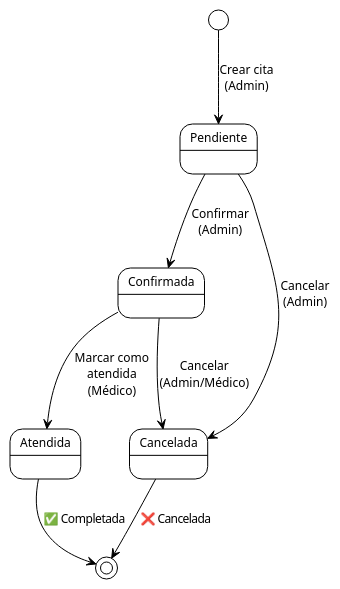
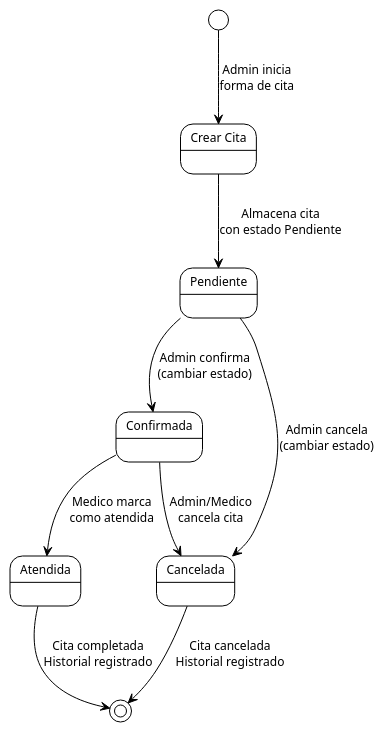
One commit to capitalsystemdigital-svg/MediSystem changed the eighth of 8 diagrams in Entregas/entregas ingenieria/Entrega2_Diagramas_Casos_Uso.md. Above: the diagram before and after it, drawn with PlantUML. The commit also changed other lines of this file, not shown here.

Commit message:
docs: rediseñar diagramas de casos de uso - mayor detalle, sin emojis, flujos completos

````diff
--- a/Entregas/entregas ingenieria/Entrega2_Diagramas_Casos_Uso.md
+++ b/Entregas/entregas ingenieria/Entrega2_Diagramas_Casos_Uso.md
@@ -262,21 +411,28 @@
 ```plantuml
-@startuml Cita_StateMachine
+@startuml Cita_State_Machine_Detailed
 !theme plain
 skinparam defaultFontSize 12
 skinparam defaultFontName Arial
 skinparam backgroundColor #FFFFFF
 
-[*] --> Pendiente: Crear cita\n(Admin)
+state "Crear Cita" as CREATE
+state "Pendiente" as PENDING
+state "Confirmada" as CONFIRMED
+state "Atendida" as ATTENDED
+state "Cancelada" as CANCELLED
 
-Pendiente --> Confirmada: Confirmar\n(Admin)
-Pendiente --> Cancelada: Cancelar\n(Admin)
+[*] --> CREATE: Admin inicia\nforma de cita
+CREATE --> PENDING: Almacena cita\ncon estado Pendiente
 
-Confirmada --> Atendida: Marcar como\natendida\n(Médico)
-Confirmada --> Cancelada: Cancelar\n(Admin/Médico)
+PENDING --> CONFIRMED: Admin confirma\n(cambiar estado)
+PENDING --> CANCELLED: Admin cancela\n(cambiar estado)
 
-Atendida --> [*]: ✅ Completada
+CONFIRMED --> ATTENDED: Medico marca\ncomo atendida
+CONFIRMED --> CANCELLED: Admin/Medico\ncancela cita
 
-Cancelada --> [*]: ❌ Cancelada
+ATTENDED --> [*]: Cita completada\nHistorial registrado
+
+CANCELLED --> [*]: Cita cancelada\nHistorial registrado
 
 @enduml
 ```
````
